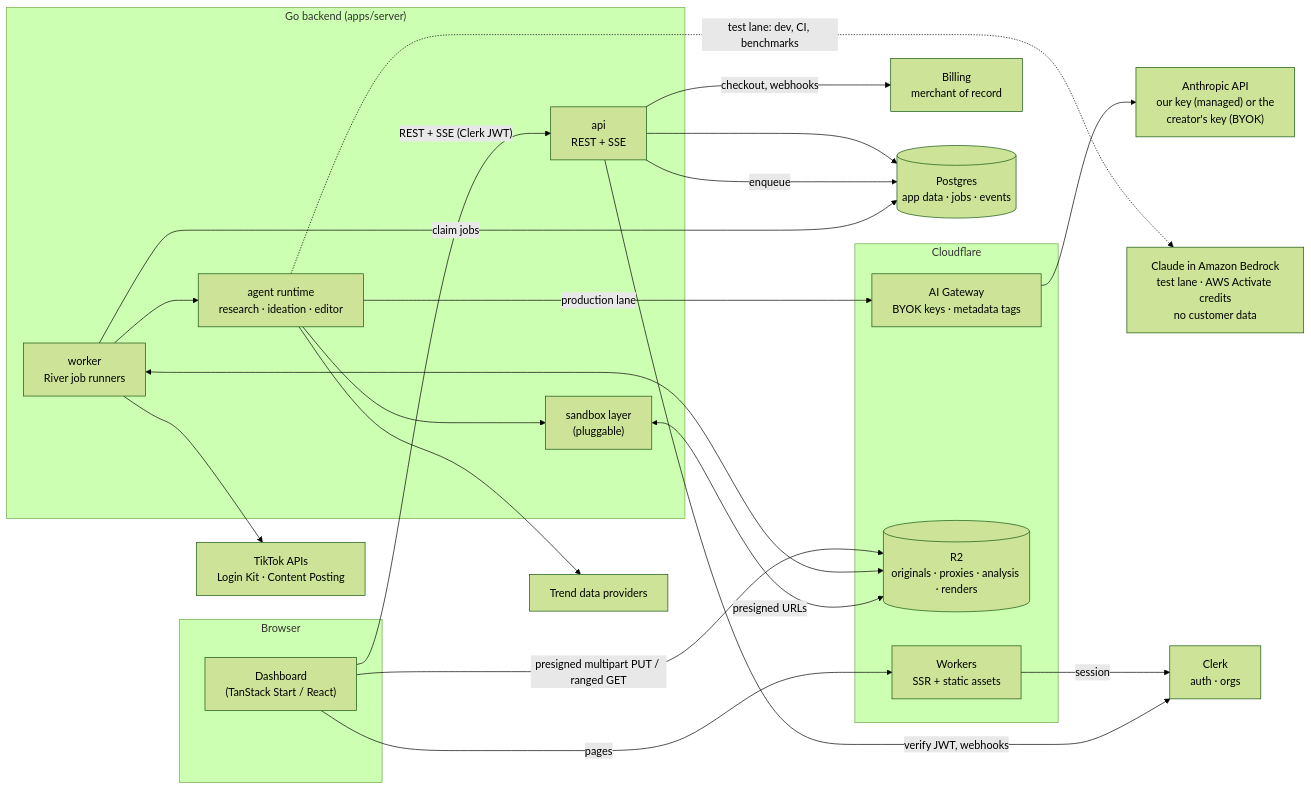
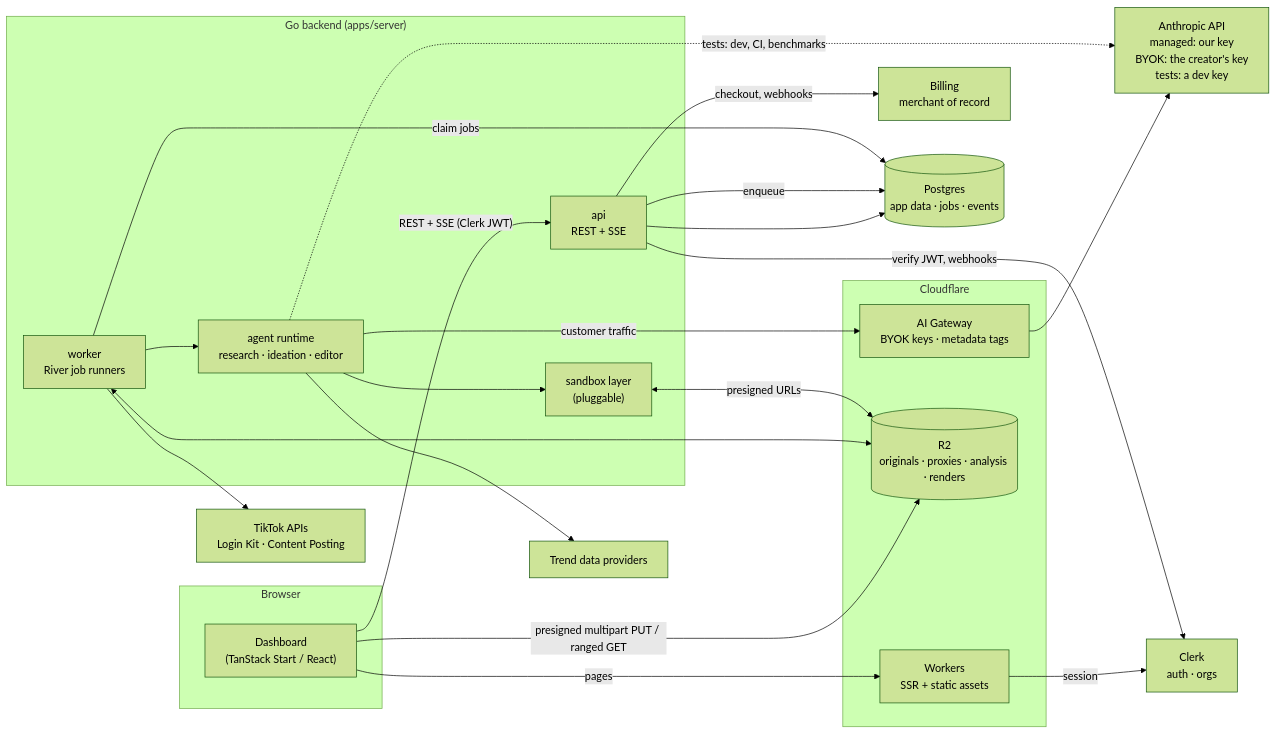
The first of 4 diagrams in docs/03-architecture.md (nilpntr/content-fabrique), drawn with Mermaid (forest theme) before and after one commit. The commit also changed other lines of this file and 5 other files, not shown here.

First line of the commit message:
docs: drop the AWS credits plan, supersede D-20 with D-21

````diff
--- a/docs/03-architecture.md
+++ b/docs/03-architecture.md
@@ -19,48 +19,46 @@
 ```mermaid
 flowchart LR
   subgraph Client[Browser]
     UI["Dashboard<br/>(TanStack Start / React)"]
   end
 
   subgraph CF[Cloudflare]
     WEB["Workers<br/>SSR + static assets"]
     R2[("R2<br/>originals · proxies · analysis · renders")]
     GW["AI Gateway<br/>BYOK keys · metadata tags"]
   end
 
   CLERK["Clerk<br/>auth · orgs"]
   BILL["Billing<br/>merchant of record"]
 
   subgraph BE["Go backend (apps/server)"]
     API["api<br/>REST + SSE"]
     WRK["worker<br/>River job runners"]
     AGT["agent runtime<br/>research · ideation · editor"]
     SBX["sandbox layer<br/>(pluggable)"]
   end
 
   PG[("Postgres<br/>app data · jobs · events")]
-  LLM["Anthropic API<br/>our key (managed) or the<br/>creator's key (BYOK)"]
-  BR["Claude in Amazon Bedrock<br/>test lane · AWS Activate credits<br/>no customer data"]
+  LLM["Anthropic API<br/>managed: our key<br/>BYOK: the creator's key<br/>tests: a dev key"]
   TRD["Trend data providers"]
   TT["TikTok APIs<br/>Login Kit · Content Posting"]
 
   UI -->|pages| WEB
   WEB -->|session| CLERK
   UI -->|"REST + SSE (Clerk JWT)"| API
   UI -->|"presigned multipart PUT / ranged GET"| R2
   API --> PG
   API -->|verify JWT, webhooks| CLERK
   API -->|checkout, webhooks| BILL
   API -->|enqueue| PG
   WRK -->|claim jobs| PG
   WRK <--> R2
   WRK --> AGT
-  AGT -->|production lane| GW
+  AGT -->|customer traffic| GW
   GW --> LLM
-  AGT -.->|"test lane: dev, CI, benchmarks"| BR
-  GW ~~~ BR
+  AGT -.->|"tests: dev, CI, benchmarks"| LLM
   AGT --> TRD
   AGT --> SBX
   SBX <-->|presigned URLs| R2
   WRK --> TT
 ```
````
